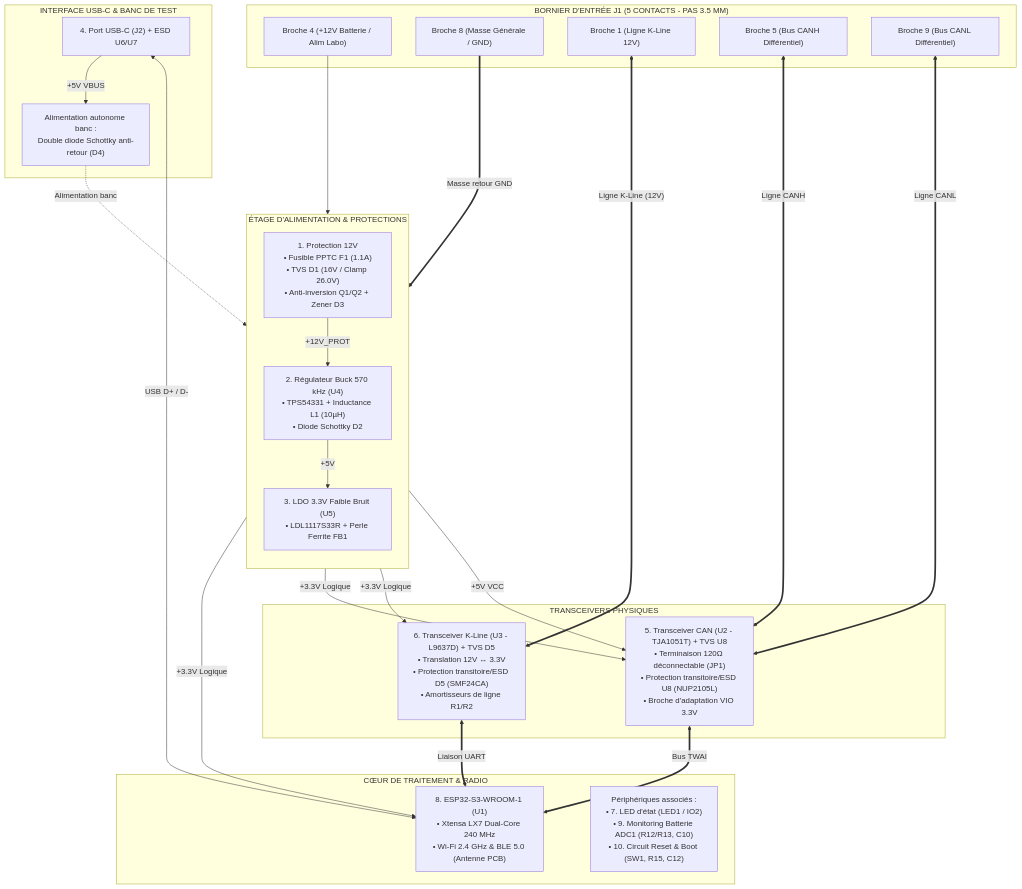
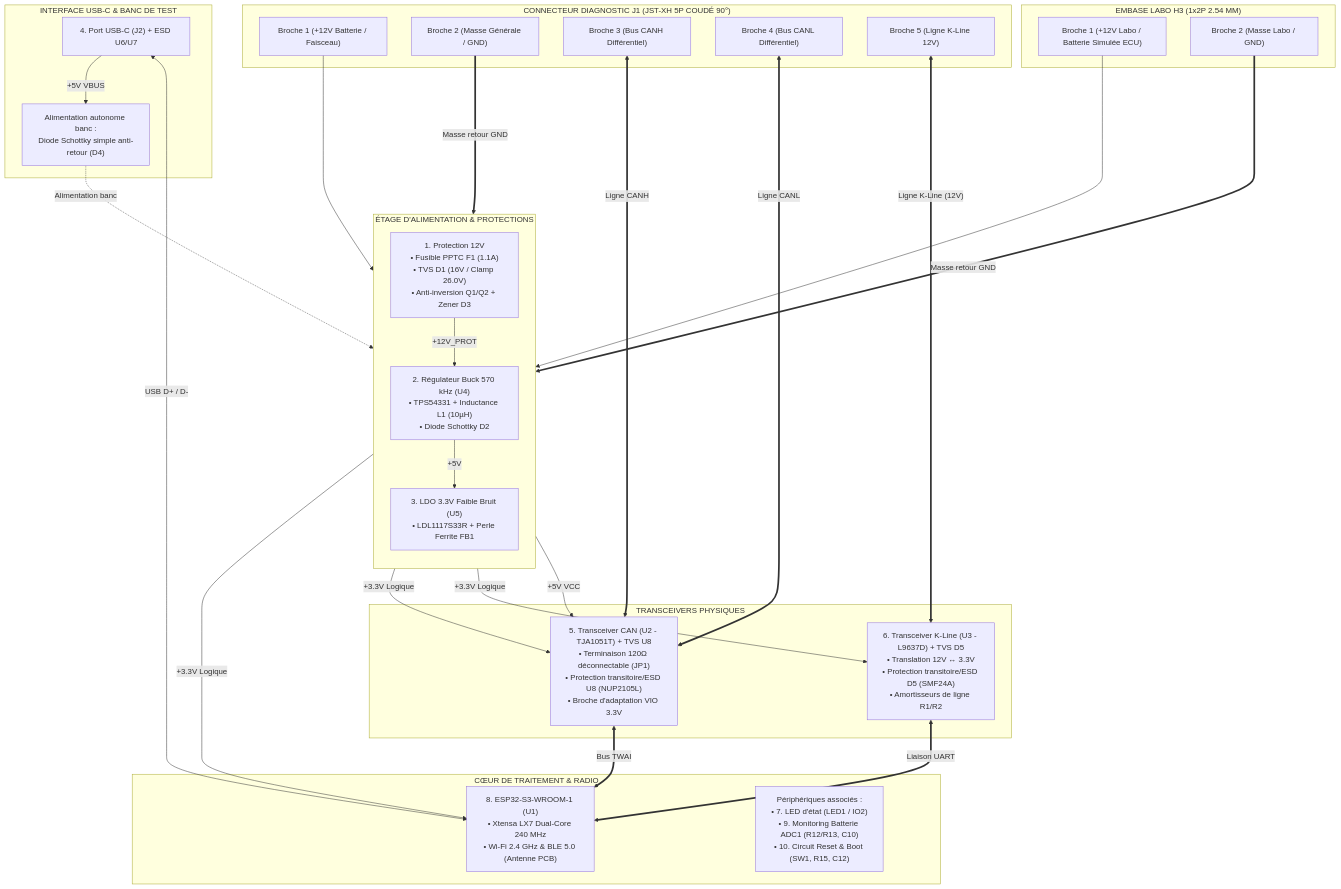
The first of 13 diagrams in documents/hardware.md (nitrogene/OBD2), drawn with Mermaid before and after one commit. The commit also changed other lines of this file and 19 other files, not shown here.

````diff
--- a/documents/hardware.md
+++ b/documents/hardware.md
@@ -26,62 +26,69 @@
 ```mermaid
 %%{init: {
   'themeVariables': {
     'fontFamily': 'Consolas, "Courier New", monospace',
     'fontSize': '12px'
   },
   'flowchart': {
     'curve': 'stepBefore',
     'nodeSpacing': 30,
     'rankSpacing': 40
   }
 }}%%
 flowchart TD
-    subgraph J1_BLOCK["BORNIER D'ENTRÉE J1 (5 CONTACTS - PAS 3.5 MM)"]
-        PIN4["Broche 4 (+12V Batterie / Alim Labo)"]
-        PIN8["Broche 8 (Masse Générale / GND)"]
-        PIN1["Broche 1 (Ligne K-Line 12V)"]
-        PIN5["Broche 5 (Bus CANH Différentiel)"]
-        PIN9["Broche 9 (Bus CANL Différentiel)"]
+    subgraph J1_BLOCK["CONNECTEUR DIAGNOSTIC J1 (JST-XH 5P COUDÉ 90°)"]
+        PIN1["Broche 1 (+12V Batterie / Faisceau)"]
+        PIN2["Broche 2 (Masse Générale / GND)"]
+        PIN3["Broche 3 (Bus CANH Différentiel)"]
+        PIN4["Broche 4 (Bus CANL Différentiel)"]
+        PIN5["Broche 5 (Ligne K-Line 12V)"]
+    end
+
+    subgraph H3_BLOCK["EMBASE LABO H3 (1x2P 2.54 MM)"]
+        H3_1["Broche 1 (+12V Labo / Batterie Simulée ECU)"]
+        H3_2["Broche 2 (Masse Labo / GND)"]
     end
 
     subgraph POWER["ÉTAGE D'ALIMENTATION & PROTECTIONS"]
         direction TB
         F1["1. Protection 12V\n• Fusible PPTC F1 (1.1A)\n• TVS D1 (16V / Clamp 26.0V)\n• Anti-inversion Q1/Q2 + Zener D3"]
         BUCK["2. Régulateur Buck 570 kHz (U4)\n• TPS54331 + Inductance L1 (10µH)\n• Diode Schottky D2"]
         LDO["3. LDO 3.3V Faible Bruit (U5)\n• LDL1117S33R + Perle Ferrite FB1"]
         F1 -->|"+12V_PROT"| BUCK
         BUCK -->|"+5V"| LDO
     end
 
     subgraph TRANSCEIVERS["TRANSCEIVERS PHYSIQUES"]
         CAN_IC["5. Transceiver CAN (U2 - TJA1051T) + TVS U8\n• Terminaison 120Ω déconnectable (JP1)\n• Protection transitoire/ESD U8 (NUP2105L)\n• Broche d'adaptation VIO 3.3V"]
-        KLINE_IC["6. Transceiver K-Line (U3 - L9637D) + TVS D5\n• Translation 12V ↔ 3.3V\n• Protection transitoire/ESD D5 (SMF24CA)\n• Amortisseurs de ligne R1/R2"]
+        KLINE_IC["6. Transceiver K-Line (U3 - L9637D) + TVS D5\n• Translation 12V ↔ 3.3V\n• Protection transitoire/ESD D5 (SMF24A)\n• Amortisseurs de ligne R1/R2"]
     end
 
     subgraph MCU["CŒUR DE TRAITEMENT & RADIO"]
         ESP["8. ESP32-S3-WROOM-1 (U1)\n• Xtensa LX7 Dual-Core 240 MHz\n• Wi-Fi 2.4 GHz & BLE 5.0 (Antenne PCB)"]
         PERIPH["Périphériques associés :\n• 7. LED d'état (LED1 / IO2)\n• 9. Monitoring Batterie ADC1 (R12/R13, C10)\n• 10. Circuit Reset & Boot (SW1, R15, C12)"]
     end
 
     subgraph USB_DEBUG["INTERFACE USB-C & BANC DE TEST"]
         USBC["4. Port USB-C (J2) + ESD U6/U7"]
-        D4["Alimentation autonome banc :\nDouble diode Schottky anti-retour (D4)"]
+        D4["Alimentation autonome banc :\nDiode Schottky simple anti-retour (D4)"]
         USBC -->|"+5V VBUS"| D4
-        D4 -.->|Alimentation banc| BUCK
+        D4 -.->|Alimentation banc| LDO
         USBC <-->|"USB D+ / D-"| ESP
     end
 
-    PIN4 --> F1
-    PIN8 ===>|"Masse retour GND"| POWER
-    PIN5 <==>|"Ligne CANH"| CAN_IC
-    PIN9 <==>|"Ligne CANL"| CAN_IC
-    PIN1 <==>|"Ligne K-Line (12V)"| KLINE_IC
+    PIN1 --> F1
+    H3_1 --> F1
+    PIN2 ===>|"Masse retour GND"| POWER
+    H3_2 ===>|"Masse retour GND"| POWER
+    PIN3 <==>|"Ligne CANH"| CAN_IC
+    PIN4 <==>|"Ligne CANL"| CAN_IC
+    PIN5 <==>|"Ligne K-Line (12V)"| KLINE_IC
 
     LDO -->|"+3.3V Logique"| ESP
     LDO -->|"+3.3V Logique"| CAN_IC
     LDO -->|"+3.3V Logique"| KLINE_IC
     BUCK -->|"+5V VCC"| CAN_IC
 
     CAN_IC <==>|"Bus TWAI"| ESP
     KLINE_IC <==>|"Liaison UART"| ESP
 ```
````
